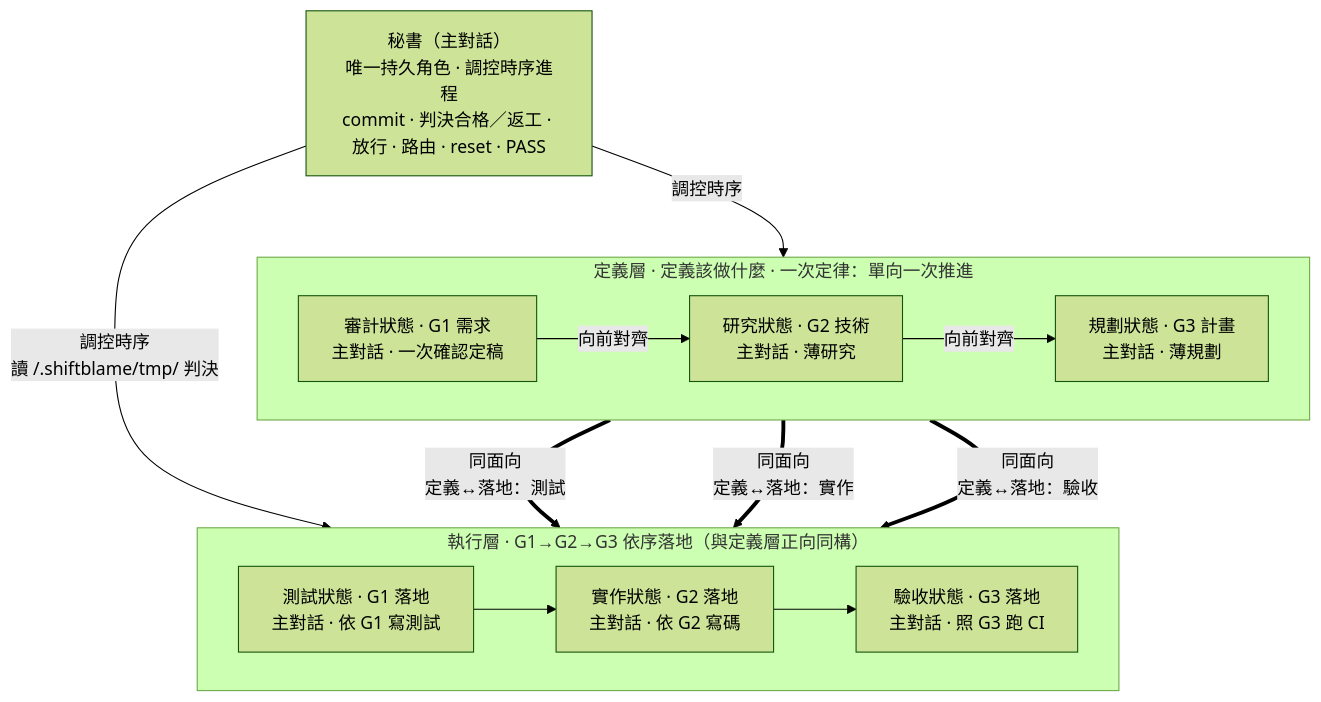
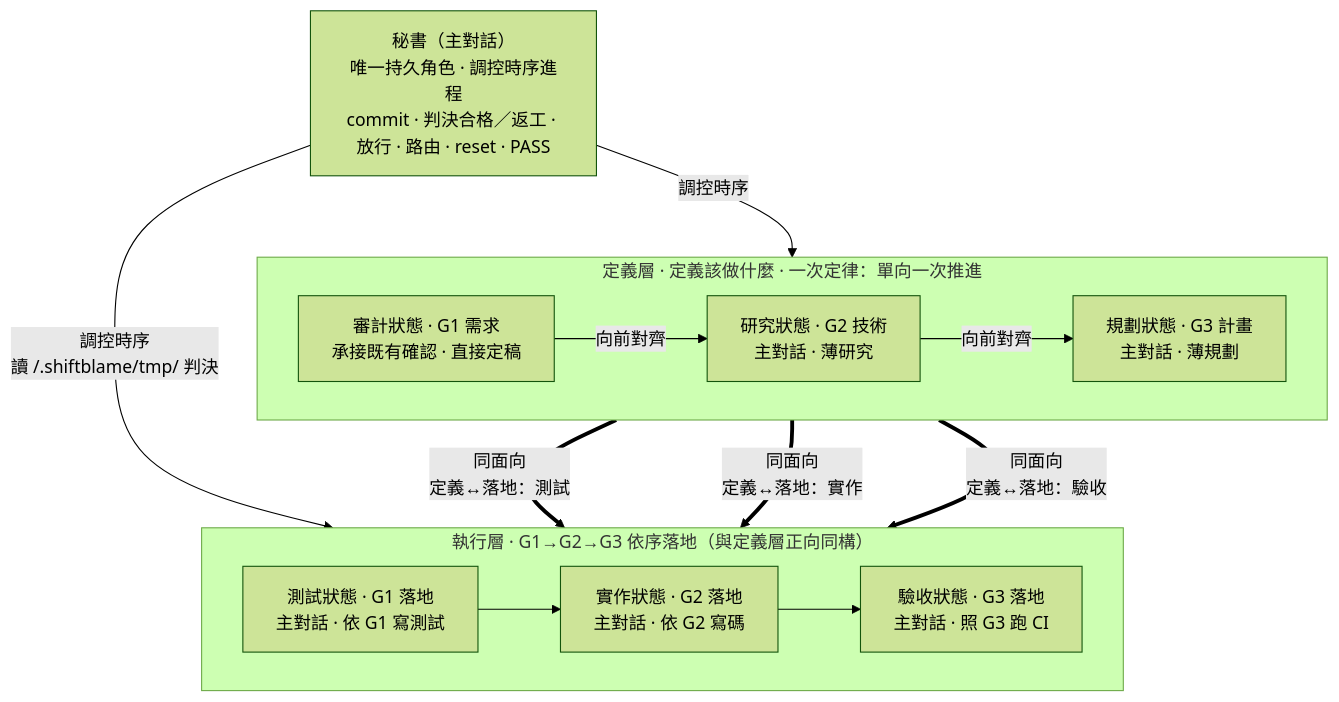
One commit to teps3105/shiftblame changed the fourth of 8 diagrams in skills/shiftblame/SKILL.md. Above: the diagram before and after it, drawn with Mermaid (forest theme). The commit also changed other lines of this file and 20 other files, not shown here.

````diff
--- a/skills/shiftblame/SKILL.md
+++ b/skills/shiftblame/SKILL.md
@@ -230,19 +236,19 @@
 ```mermaid
 flowchart TB
     SEC["秘書（主對話）<br/>唯一持久角色 · 調控時序進程<br/>commit · 判決合格／返工 · 放行 · 路由 · reset · PASS"]
     subgraph Consult["定義層 · 定義該做什麼 · 一次定律：單向一次推進"]
         direction LR
-        G1["審計狀態 · G1 需求<br/>主對話 · 一次確認定稿"] -->|向前對齊| G2["研究狀態 · G2 技術<br/>主對話 · 薄研究"]
+        G1["審計狀態 · G1 需求<br/>承接既有確認 · 直接定稿"] -->|向前對齊| G2["研究狀態 · G2 技術<br/>主對話 · 薄研究"]
         G2 -->|向前對齊| G3["規劃狀態 · G3 計畫<br/>主對話 · 薄規劃"]
     end
     subgraph Build["執行層 · G1→G2→G3 依序落地（與定義層正向同構）"]
         direction LR
         TST["測試狀態 · G1 落地<br/>主對話 · 依 G1 寫測試"] --> DEV["實作狀態 · G2 落地<br/>主對話 · 依 G2 寫碼"]
         DEV --> ACC["驗收狀態 · G3 落地<br/>主對話 · 照 G3 跑 CI"]
     end
     SEC -- 調控時序 --> Consult
     SEC -- 調控時序<br/>讀 <repo>/.shiftblame/tmp/ 判決 --> Build
     G1 == "同面向<br/>定義↔落地：測試" ==> TST
     G2 == "同面向<br/>定義↔落地：實作" ==> DEV
     G3 == "同面向<br/>定義↔落地：驗收" ==> ACC
 ```
````
